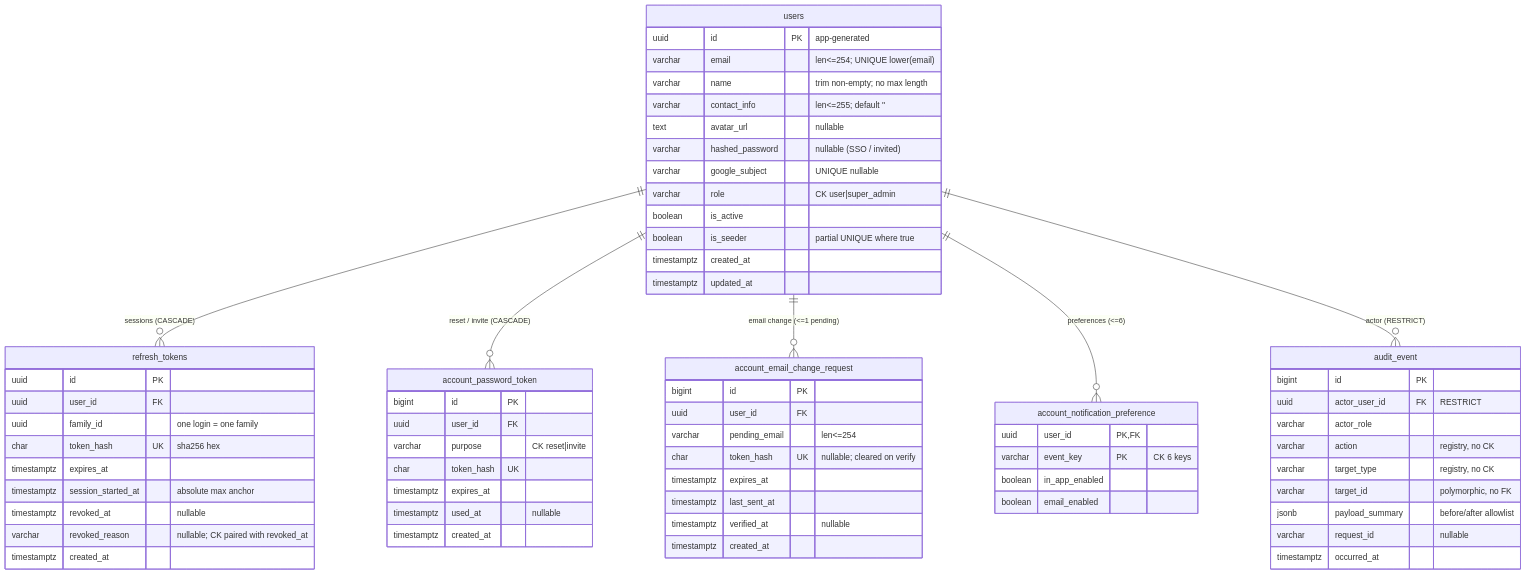
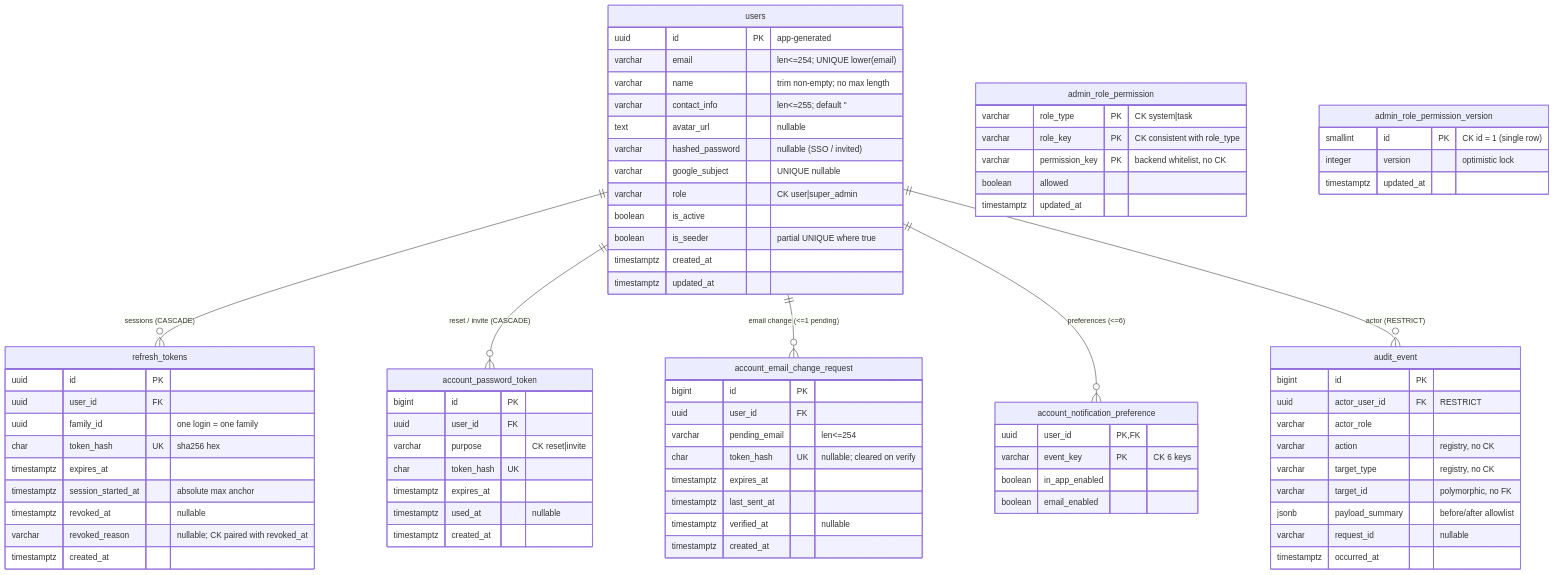
Before and after one commit to singyichen/label-suite: the diagram in docs/diagrams/architecture/account-admin-db-schema.md, drawn with Mermaid. The commit also changed other lines of this file and 2 other files, not shown here.

First line of the commit message:
docs: extend account/admin DB schema inventory to admin-007

````diff
--- a/docs/diagrams/architecture/account-admin-db-schema.md
+++ b/docs/diagrams/architecture/account-admin-db-schema.md
@@ -28,70 +31,82 @@
 ```mermaid
 erDiagram
     users {
         uuid id PK "app-generated"
         varchar email "len<=254; UNIQUE lower(email)"
         varchar name "trim non-empty; no max length"
         varchar contact_info "len<=255; default ''"
         text avatar_url "nullable"
         varchar hashed_password "nullable (SSO / invited)"
         varchar google_subject "UNIQUE nullable"
         varchar role "CK user|super_admin"
         boolean is_active
         boolean is_seeder "partial UNIQUE where true"
         timestamptz created_at
         timestamptz updated_at
     }
     refresh_tokens {
         uuid id PK
         uuid user_id FK
         uuid family_id "one login = one family"
         char token_hash UK "sha256 hex"
         timestamptz expires_at
         timestamptz session_started_at "absolute max anchor"
         timestamptz revoked_at "nullable"
         varchar revoked_reason "nullable; CK paired with revoked_at"
         timestamptz created_at
     }
     account_password_token {
         bigint id PK
         uuid user_id FK
         varchar purpose "CK reset|invite"
         char token_hash UK
         timestamptz expires_at
         timestamptz used_at "nullable"
         timestamptz created_at
     }
     account_email_change_request {
         bigint id PK
         uuid user_id FK
         varchar pending_email "len<=254"
         char token_hash UK "nullable; cleared on verify"
         timestamptz expires_at
         timestamptz last_sent_at
         timestamptz verified_at "nullable"
         timestamptz created_at
     }
     account_notification_preference {
         uuid user_id PK,FK
         varchar event_key PK "CK 6 keys"
         boolean in_app_enabled
         boolean email_enabled
     }
     audit_event {
         bigint id PK
         uuid actor_user_id FK "RESTRICT"
         varchar actor_role
         varchar action "registry, no CK"
         varchar target_type "registry, no CK"
         varchar target_id "polymorphic, no FK"
         jsonb payload_summary "before/after allowlist"
         varchar request_id "nullable"
         timestamptz occurred_at
     }
+    admin_role_permission {
+        varchar role_type PK "CK system|task"
+        varchar role_key PK "CK consistent with role_type"
+        varchar permission_key PK "backend whitelist, no CK"
+        boolean allowed
+        timestamptz updated_at
+    }
+    admin_role_permission_version {
+        smallint id PK "CK id = 1 (single row)"
+        integer version "optimistic lock"
+        timestamptz updated_at
+    }
 
     users ||--o{ refresh_tokens : "sessions (CASCADE)"
     users ||--o{ account_password_token : "reset / invite (CASCADE)"
     users ||--o{ account_email_change_request : "email change (<=1 pending)"
     users ||--o{ account_notification_preference : "preferences (<=6)"
     users ||--o{ audit_event : "actor (RESTRICT)"
 ```
````
